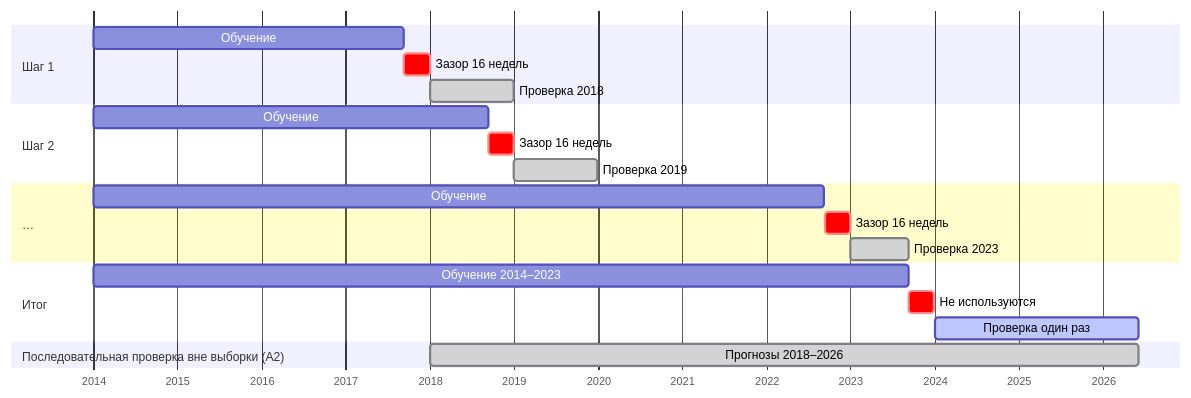
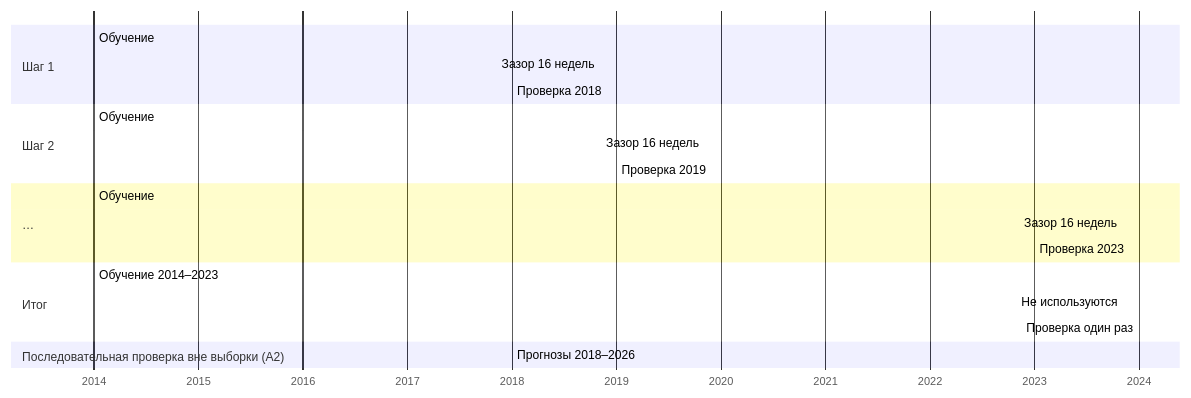
One commit to alferova-tv/Jessica-invest-assistant changed the diagram in research/docs/HYPOTHESES.md. Above: the diagram before and after it, drawn with Mermaid. The commit also changed other lines of this file and 13 other files, not shown here.

````diff
--- a/research/docs/HYPOTHESES.md
+++ b/research/docs/HYPOTHESES.md
@@ -165,24 +180,24 @@
 ```mermaid
 gantt
     dateFormat YYYY-MM-DD
     axisFormat %Y
     todayMarker off
     section Шаг 1
-    Обучение        :a1, 2014-01-01, 2017-09-10
-    Зазор 16 недель :crit, z1, 2017-09-11, 2017-12-31
-    Проверка 2018   :done, b1, 2018-01-01, 2018-12-31
+    Обучение        :a1, 01.01.2014, 10.09.2017
+    Зазор 16 недель :crit, z1, 11.09.2017, 31.12.2017
+    Проверка 2018   :done, b1, 01.01.2018, 31.12.2018
     section Шаг 2
-    Обучение        :a2, 2014-01-01, 2018-09-10
-    Зазор 16 недель :crit, z2, 2018-09-11, 2018-12-31
-    Проверка 2019   :done, b2, 2019-01-01, 2019-12-31
+    Обучение        :a2, 01.01.2014, 10.09.2018
+    Зазор 16 недель :crit, z2, 11.09.2018, 31.12.2018
+    Проверка 2019   :done, b2, 01.01.2019, 31.12.2019
     section …
-    Обучение        :a3, 2014-01-01, 2022-09-10
-    Зазор 16 недель :crit, z3, 2022-09-11, 2022-12-31
-    Проверка 2023   :done, b3, 2023-01-01, 2023-09-10
+    Обучение        :a3, 01.01.2014, 10.09.2022
+    Зазор 16 недель :crit, z3, 11.09.2022, 31.12.2022
+    Проверка 2023   :done, b3, 01.01.2023, 10.09.2023
     section Итог
-    Обучение 2014–2023      :a4, 2014-01-01, 2023-09-10
-    Не используются         :crit, g, 2023-09-11, 2023-12-31
-    Проверка один раз       :active, t, 2024-01-01, 2026-06-05
+    Обучение 2014–2023      :a4, 01.01.2014, 10.09.2023
+    Не используются         :crit, g, 11.09.2023, 31.12.2023
+    Проверка один раз       :active, t, 01.01.2024, 05.06.2026
     section Последовательная проверка вне выборки (A2)
-    Прогнозы 2018–2026      :done, w, 2018-01-01, 2026-06-05
+    Прогнозы 2018–2026      :done, w, 01.01.2018, 05.06.2026
 ```
````
